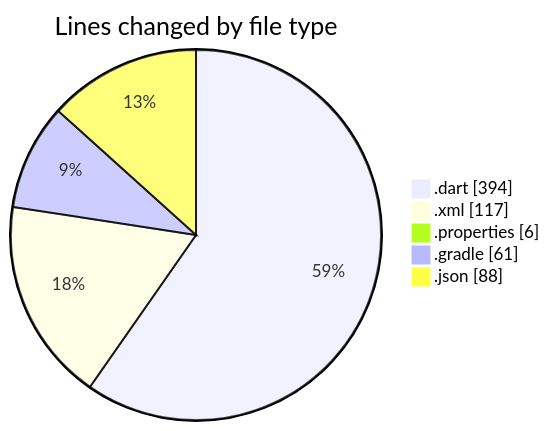
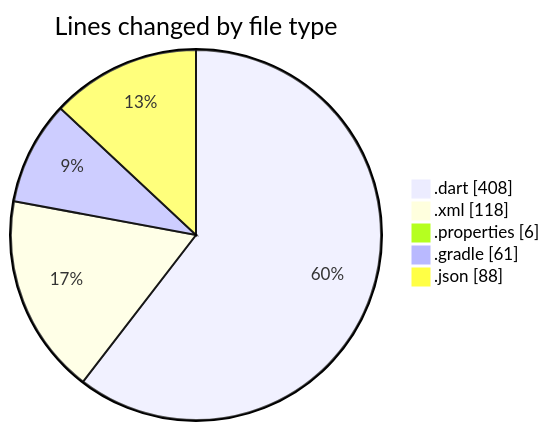
Before and after one commit to donsfak/code-tracking: the first of 2 diagrams in 2025-01-27/maps_clone/README.md, drawn with Mermaid. The commit also changed other lines of this file and 1 other file, not shown here.

````diff
--- a/2025-01-27/maps_clone/README.md
+++ b/2025-01-27/maps_clone/README.md
@@ -24,9 +24,9 @@
 ```mermaid
 pie showData
 title Lines changed by file type
-".dart" : 394
-".xml" : 117
+".dart" : 408
+".xml" : 118
 ".properties" : 6
 ".gradle" : 61
 ".json" : 88
 ```
````
